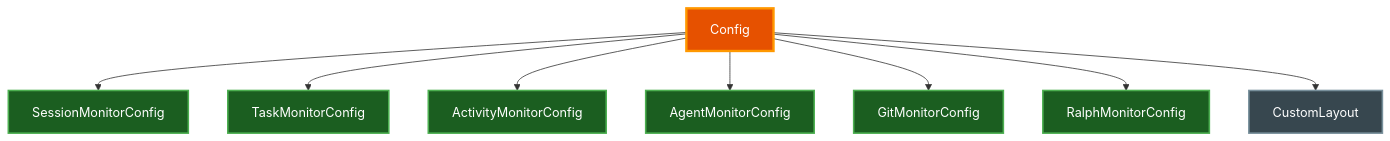
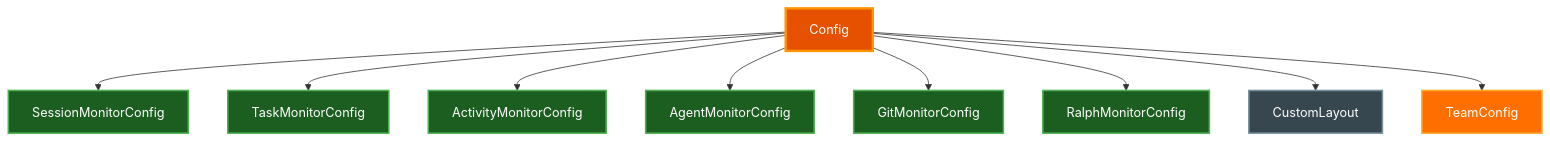
One commit to paulrobello/cctmux changed the sixth of 6 diagrams in docs/ARCHITECTURE.md. Above: the diagram before and after it, drawn with Mermaid. The commit also changed other lines of this file and 27 other files, not shown here.

````diff
--- a/docs/ARCHITECTURE.md
+++ b/docs/ARCHITECTURE.md
@@ -371,28 +373,31 @@
 ```mermaid
 graph TD
     Config[Config]
     SMC[SessionMonitorConfig]
     TMC[TaskMonitorConfig]
     AMC[ActivityMonitorConfig]
     AgMC[AgentMonitorConfig]
     GMC[GitMonitorConfig]
     RMC[RalphMonitorConfig]
     CL[CustomLayout]
+    TC[TeamConfig]
 
     Config --> SMC
     Config --> TMC
     Config --> AMC
     Config --> AgMC
     Config --> GMC
     Config --> RMC
     Config --> CL
+    Config --> TC
 
     style Config fill:#e65100,stroke:#ff9800,stroke-width:3px,color:#ffffff
     style SMC fill:#1b5e20,stroke:#4caf50,stroke-width:2px,color:#ffffff
     style TMC fill:#1b5e20,stroke:#4caf50,stroke-width:2px,color:#ffffff
     style AMC fill:#1b5e20,stroke:#4caf50,stroke-width:2px,color:#ffffff
     style AgMC fill:#1b5e20,stroke:#4caf50,stroke-width:2px,color:#ffffff
     style GMC fill:#1b5e20,stroke:#4caf50,stroke-width:2px,color:#ffffff
     style RMC fill:#1b5e20,stroke:#4caf50,stroke-width:2px,color:#ffffff
     style CL fill:#37474f,stroke:#78909c,stroke-width:2px,color:#ffffff
+    style TC fill:#ff6f00,stroke:#ffa726,stroke-width:2px,color:#ffffff
 ```
````
